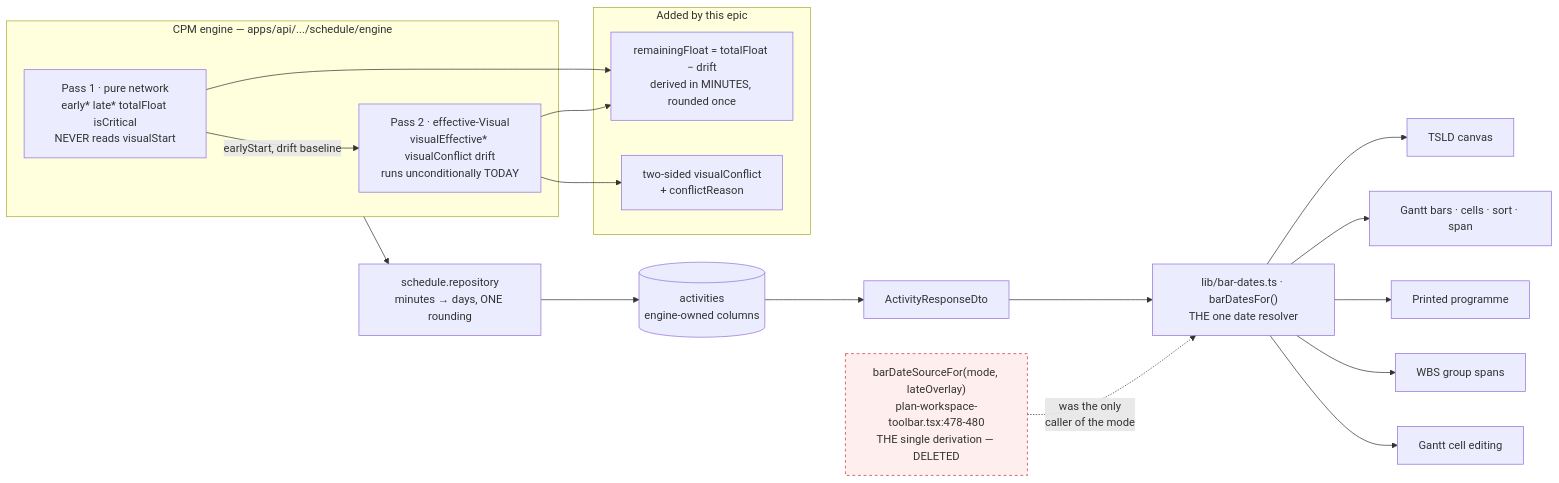
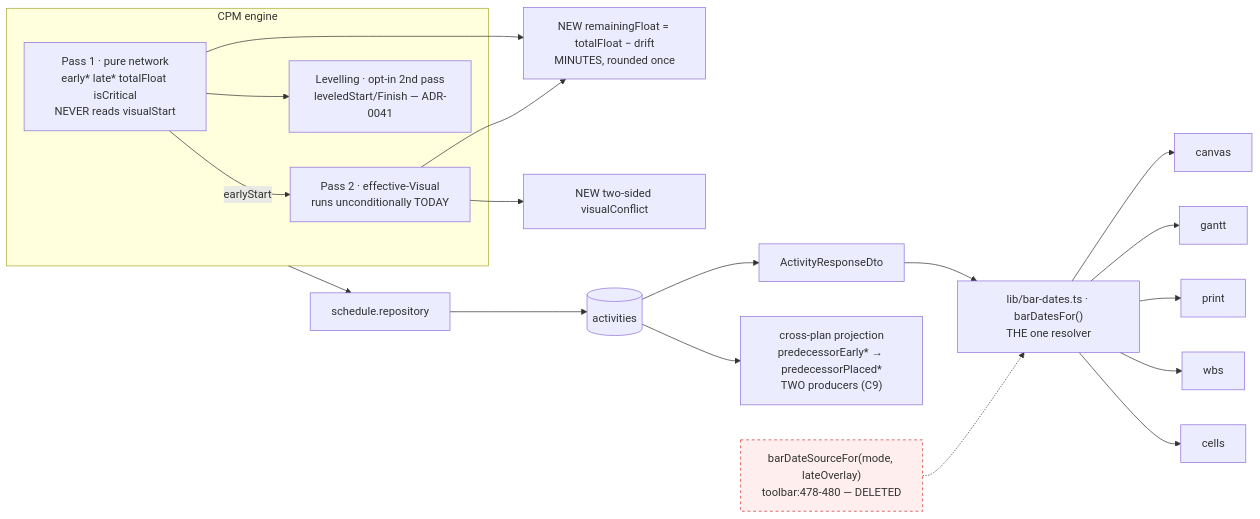
Before and after one commit to HuttonHomeHub/SchedulePoint_1: the first of 5 diagrams in docs/specs/one-planning-surface/feature-spec.md, drawn with Mermaid. The commit also changed other lines of this file and 2 other files, not shown here.

````diff
--- a/docs/specs/one-planning-surface/feature-spec.md
+++ b/docs/specs/one-planning-surface/feature-spec.md
@@ -392,33 +375,19 @@
 ```mermaid
 flowchart LR
-  subgraph engine["CPM engine — apps/api/.../schedule/engine"]
+  subgraph engine["CPM engine"]
     P1["Pass 1 · pure network<br/>early* late* totalFloat isCritical<br/>NEVER reads visualStart"]
-    P2["Pass 2 · effective-Visual<br/>visualEffective* visualConflict drift<br/>runs unconditionally TODAY"]
-    P1 -->|earlyStart, drift baseline| P2
+    P2["Pass 2 · effective-Visual<br/>runs unconditionally TODAY"]
+    LV["Levelling · opt-in 2nd pass<br/>leveledStart/Finish — ADR-0041"]
+    P1 -->|earlyStart| P2
+    P1 --> LV
   end
-
-  subgraph new["Added by this epic"]
-    RF["remainingFloat = totalFloat − drift<br/>derived in MINUTES, rounded once"]
-    UB["two-sided visualConflict<br/>+ conflictReason"]
-  end
-
-  P1 --> RF
+  P1 --> RF["NEW remainingFloat = totalFloat − drift<br/>MINUTES, rounded once"]
   P2 --> RF
-  P2 --> UB
-
-  repo["schedule.repository<br/>minutes → days, ONE rounding"]
-  engine --> repo --> db[("activities<br/>engine-owned columns")]
-
-  db --> api["ActivityResponseDto"]
-  api --> bar["lib/bar-dates.ts · barDatesFor()<br/>THE one date resolver"]
-
-  bar --> canvas["TSLD canvas"]
-  bar --> gantt["Gantt bars · cells · sort · span"]
-  bar --> print["Printed programme"]
-  bar --> wbs["WBS group spans"]
-  bar --> cell["Gantt cell editing"]
-
+  P2 --> UB["NEW two-sided visualConflict"]
+  engine --> repo["schedule.repository"] --> db[("activities")]
+  db --> api["ActivityResponseDto"] --> bar["lib/bar-dates.ts · barDatesFor()<br/>THE one resolver"]
+  bar --> canvas & gantt & print & wbs & cells
+  db --> xplan["cross-plan projection<br/>predecessorEarly* → predecessorPlaced*<br/>TWO producers (C9)"]
   classDef gone fill:#fee,stroke:#c33,stroke-dasharray:4
-  mode["barDateSourceFor(mode, lateOverlay)<br/>plan-workspace-toolbar.tsx:478-480<br/>THE single derivation — DELETED"]:::gone
-  mode -.->|"was the only<br/>caller of the mode"| bar
+  mode["barDateSourceFor(mode, lateOverlay)<br/>toolbar:478-480 — DELETED"]:::gone -.-> bar
 ```
````
